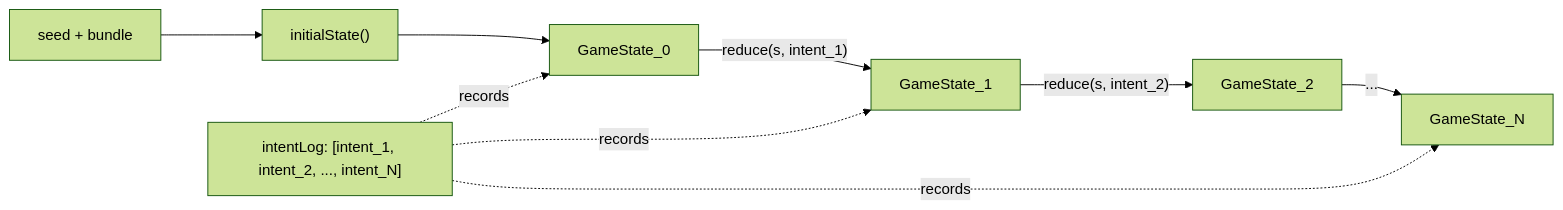
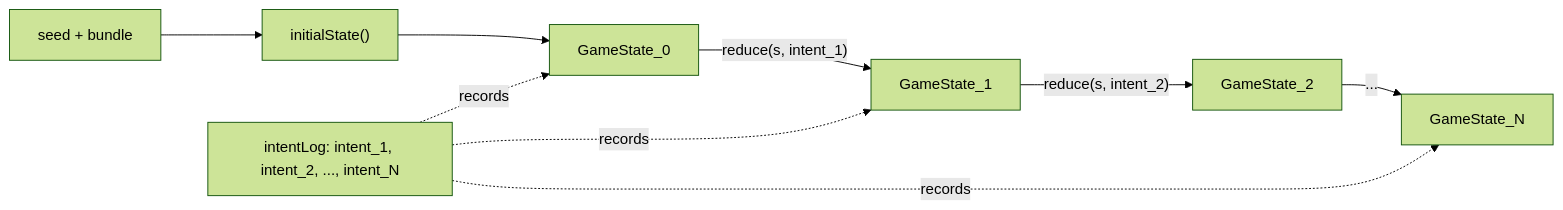
Before and after one commit to goinmypocket/coke-and-iron: the second of 10 diagrams in docs/architecture.md, drawn with Mermaid (forest theme). The commit also changed other lines of this file and 3 other files, not shown here.

````diff
--- a/docs/architecture.md
+++ b/docs/architecture.md
@@ -69,11 +61,11 @@
 ```mermaid
 flowchart LR
   setup["seed + bundle"] --> initial["initialState()"]
   initial --> S0["GameState_0"]
   S0 -- "reduce(s, intent_1)" --> S1["GameState_1"]
   S1 -- "reduce(s, intent_2)" --> S2["GameState_2"]
   S2 -- "..." --> SN["GameState_N"]
-  log["intentLog: [intent_1, intent_2, ..., intent_N]"] -.records.-> S0
+  log["intentLog: intent_1, intent_2, ..., intent_N"] -.records.-> S0
   log -.records.-> S1
   log -.records.-> SN
 ```
````
